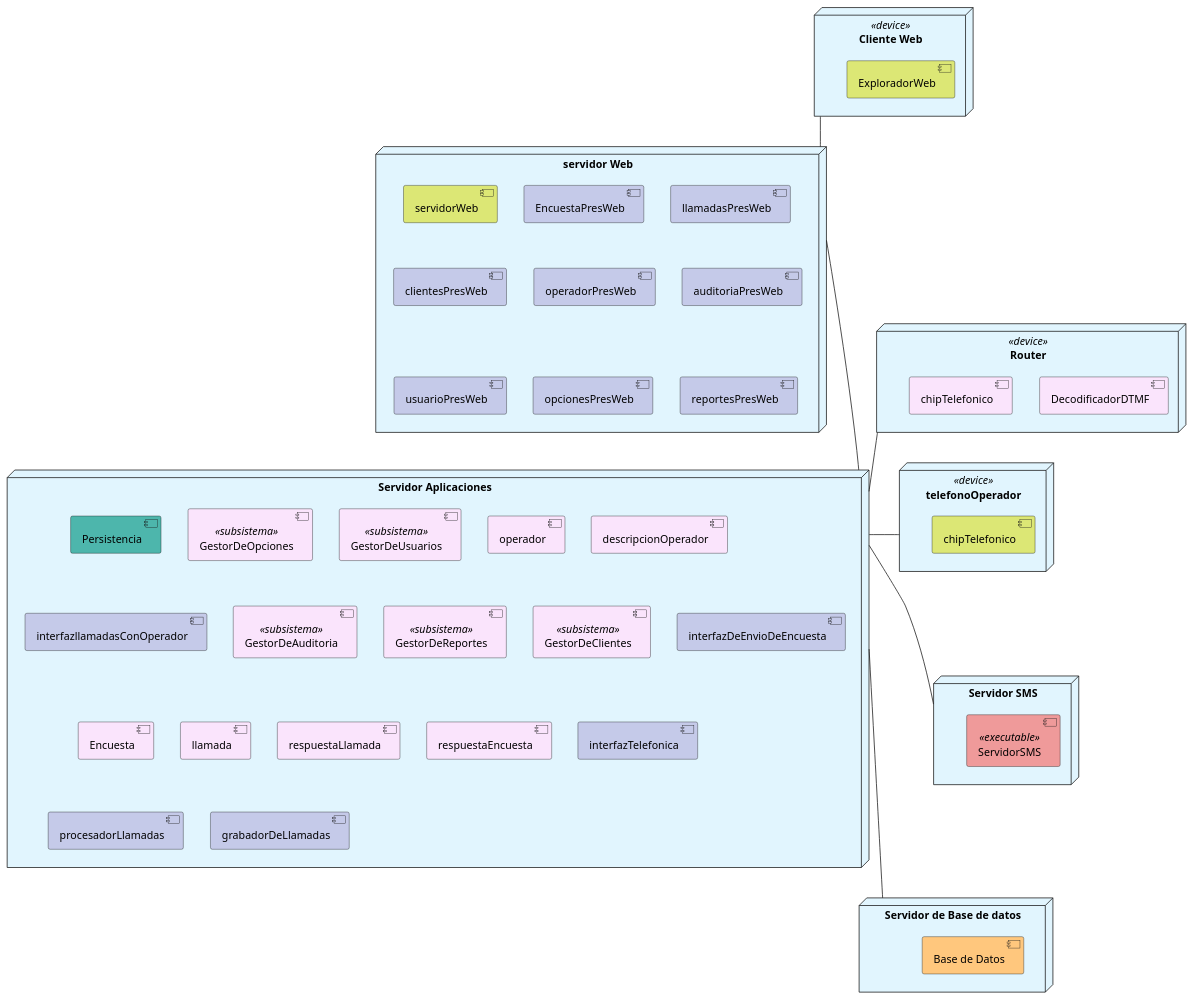
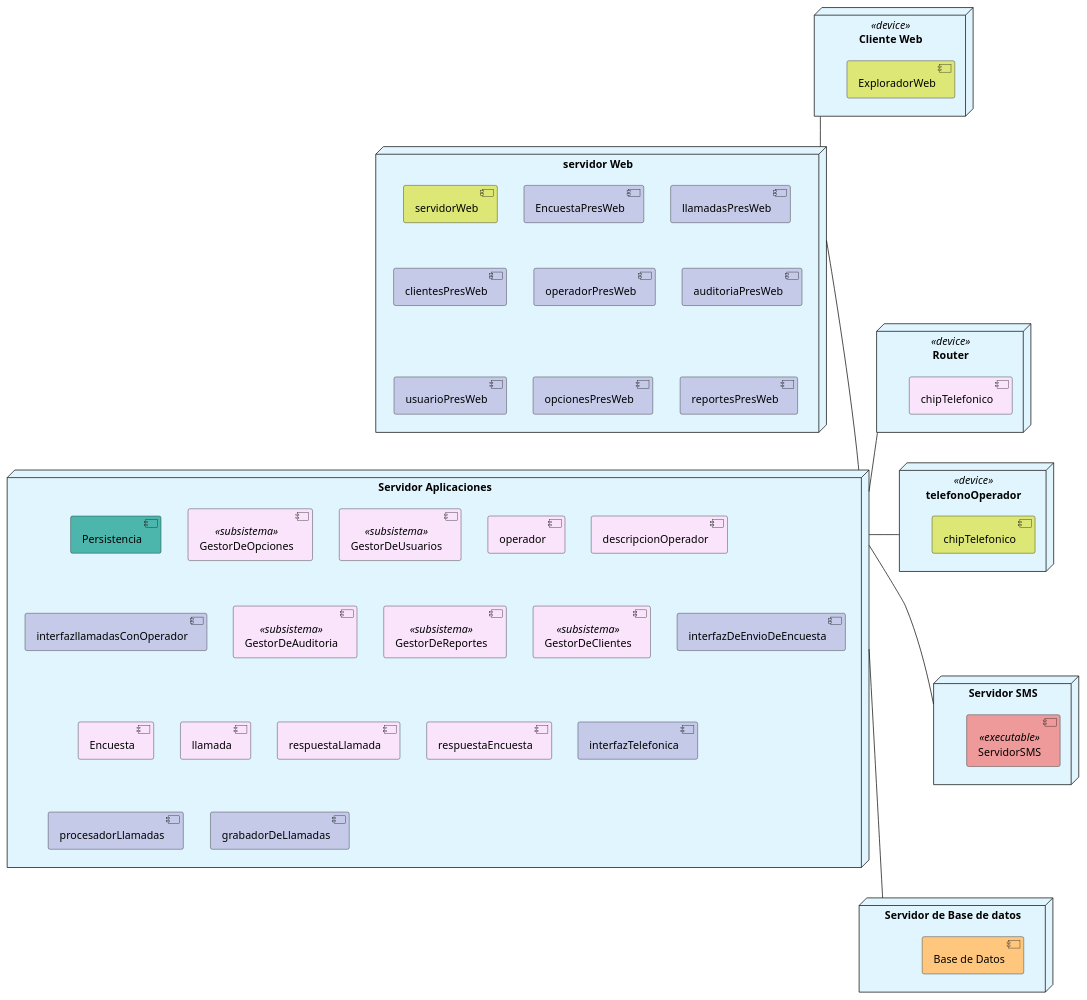
Before and after one commit to ReynaTeodoro/2023DSI: the diagram in PPAI/entrega2/vistaDespliegue.puml, drawn with PlantUML. The commit also changed 5 other files, not shown here.

```diff
--- a/PPAI/entrega2/vistaDespliegue.puml
+++ b/PPAI/entrega2/vistaDespliegue.puml
@@ -1,63 +1,62 @@
 @startuml
 
 node "Cliente Web" as presWeb <<device>>#E1F5FE{
 component [ExploradorWeb] #DCE775 
 }
 
 node "servidor Web" as NodeservidorWeb #E1F5FE{
 component [servidorWeb] #DCE775
 component [EncuestaPresWeb] #C5CAE9
 component [llamadasPresWeb] #C5CAE9
 component [clientesPresWeb] #C5CAE9
 component [operadorPresWeb] #C5CAE9
 component [auditoriaPresWeb] #C5CAE9
 component [usuarioPresWeb] #C5CAE9
 component [opcionesPresWeb] #C5CAE9
 component [reportesPresWeb] #C5CAE9
 }
 node "Servidor Aplicaciones" as NodeApps #E1F5FE{
 component [Persistencia] #4DB6AC
 component [GestorDeOpciones] <<subsistema>> #fae4fc
 component [GestorDeUsuarios] <<subsistema>> #fae4fc
 component [operador] #fae4fc
 component [descripcionOperador] #fae4fc
 component [interfazllamadasConOperador] #C5CAE9
 component GestorDeAuditoria <<subsistema>> #fae4fc
 component GestorDeReportes <<subsistema>> #fae4fc
 component GestorDeClientes <<subsistema>> #fae4fc
 component interfazDeEnvioDeEncuesta #C5CAE9
 component Encuesta #fae4fc
 component llamada #fae4fc
 component respuestaLlamada #fae4fc
 component respuestaEncuesta #fae4fc
 component interfazTelefonica #C5CAE9
 component procesadorLlamadas #C5CAE9
 component grabadorDeLlamadas #C5CAE9
  
 }
 node "Servidor de Base de datos" as NodeBD #E1F5FE{
 component [Base de Datos] #ffc77d
 }
 node Router <<device>>  #E1F5FE{
-  component [DecodificadorDTMF] as dmtf #fae4fc
   component [chipTelefonico] as c2 #fae4fc
 }
 node telefonoOperador <<device>> #E1F5FE{
   component [chipTelefonico] as c1 #DCE775
   
 }
 node "Servidor SMS" as servidorSMS #E1F5FE{
   component ServidorSMS <<executable>> #EF9A9A
 }
 
 
 
 
 presWeb  -down- NodeservidorWeb 
 NodeservidorWeb -down--- NodeApps
 NodeBD  -up---- NodeApps
 NodeApps -up- Router
 NodeApps -right-- telefonoOperador
 NodeApps -down-- servidorSMS
 
 @enduml
```
